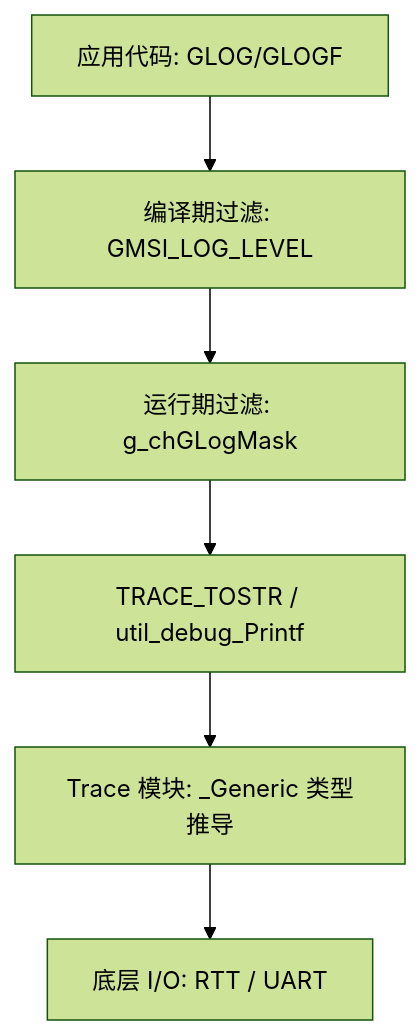
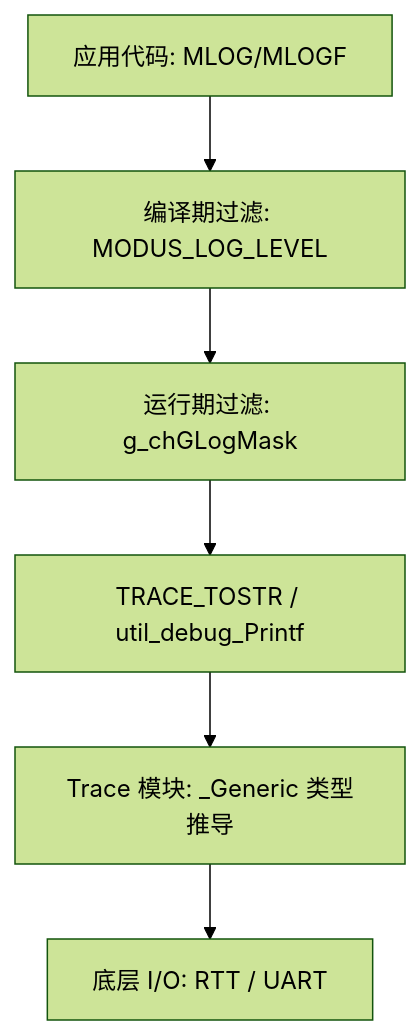
Before and after one commit to wyxun/gmsi: the diagram in doc/gdebug/glog.md, drawn with Mermaid (forest theme). The commit also changed other lines of this file and 139 other files, not shown here.

````diff
--- a/doc/gdebug/glog.md
+++ b/doc/gdebug/glog.md
@@ -11,8 +11,8 @@
 ```mermaid
 graph TD
-    A[应用代码: GLOG/GLOGF] --> B[编译期过滤: GMSI_LOG_LEVEL]
+    A[应用代码: MLOG/MLOGF] --> B[编译期过滤: MODUS_LOG_LEVEL]
     B --> C[运行期过滤: g_chGLogMask]
     C --> D[TRACE_TOSTR / util_debug_Printf]
     D --> E[Trace 模块: _Generic 类型推导]
     E --> F[底层 I/O: RTT / UART]
 ```
````
